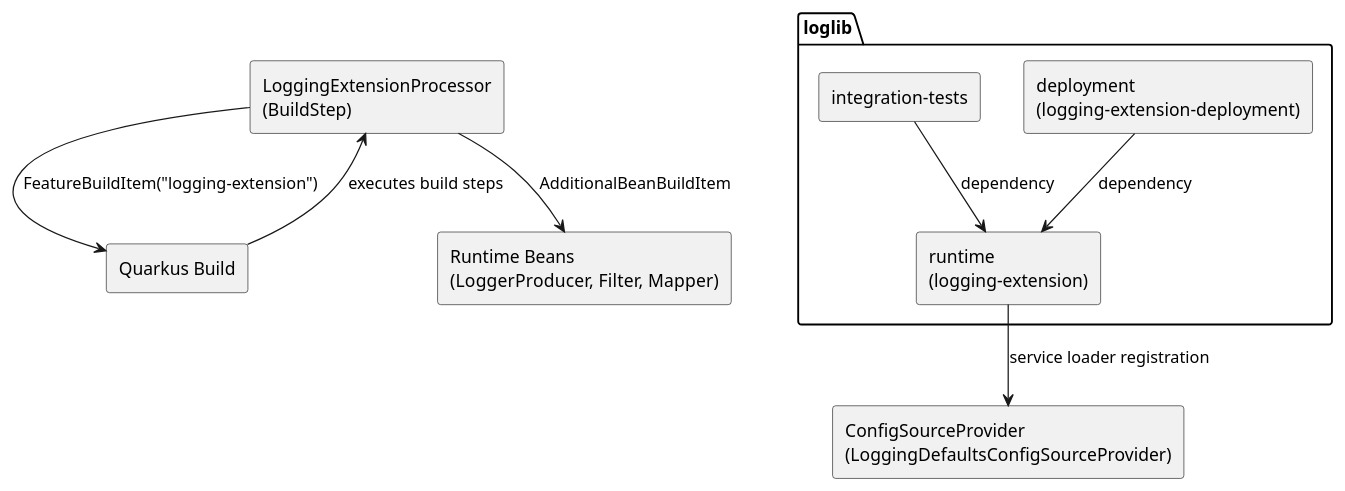
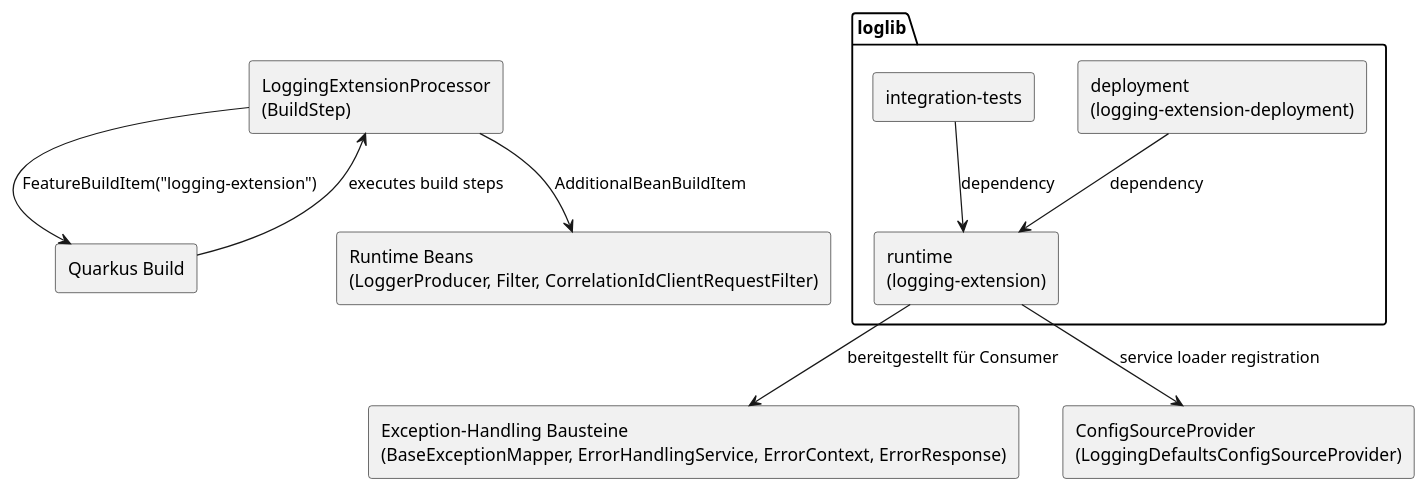
Before and after one commit to marstusch/loglib: the diagram in docs/architecture/module-diagram.md, drawn with PlantUML. The commit also changed other lines of this file and 4 other files, not shown here.

Commit message:
docs(architecture): align diagrams with current exception handling model

````diff
--- a/docs/architecture/module-diagram.md
+++ b/docs/architecture/module-diagram.md
@@ -5,24 +5,26 @@
 ```plantuml
 @startuml
 skinparam componentStyle rectangle
 
 package "loglib" {
   [runtime\n(logging-extension)] as Runtime
   [deployment\n(logging-extension-deployment)] as Deployment
   [integration-tests] as IT
 }
 
 component "LoggingExtensionProcessor\n(BuildStep)" as Processor
 component "Quarkus Build" as Build
-component "Runtime Beans\n(LoggerProducer, Filter, Mapper)" as Beans
+component "Runtime Beans\n(LoggerProducer, Filter, CorrelationIdClientRequestFilter)" as Beans
+component "Exception-Handling Bausteine\n(BaseExceptionMapper, ErrorHandlingService, ErrorContext, ErrorResponse)" as ErrorBuildingBlocks
 component "ConfigSourceProvider\n(LoggingDefaultsConfigSourceProvider)" as Config
 
 Deployment --> Runtime : dependency
 IT --> Runtime : dependency
 Build --> Processor : executes build steps
 Processor --> Beans : AdditionalBeanBuildItem
 Processor --> Build : FeatureBuildItem("logging-extension")
 Runtime --> Config : service loader registration
+Runtime --> ErrorBuildingBlocks : bereitgestellt für Consumer
 
 @enduml
 ```
````
